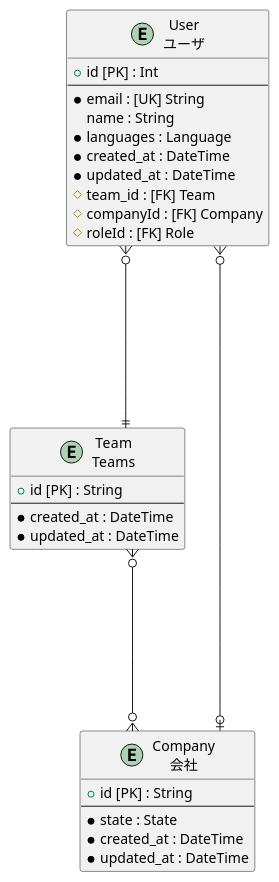
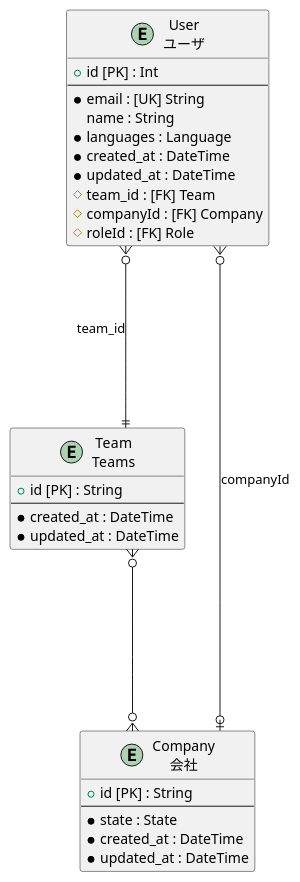
Before and after one commit to dbgso/prisma-generator-plantuml-erd: the third of 5 diagrams in packages/usage/prisma/example.puml, drawn with PlantUML. The commit also changed other lines of this file and 6 other files, not shown here.

```diff
--- a/packages/usage/prisma/example.puml
+++ b/packages/usage/prisma/example.puml
@@ -122,37 +122,37 @@
 @startuml Team
 skinparam linetype ortho
 entity "User\nユーザ" as User {
 + id [PK] : Int 
 --
   * email : [UK] String
   name : String
   * languages : Language
   * created_at : DateTime
   * updated_at : DateTime
   # team_id : [FK] Team
   # companyId : [FK] Company
   # roleId : [FK] Role
 }
 
 entity "Team\nTeams" as Team {
 + id [PK] : String 
 --
   * created_at : DateTime
   * updated_at : DateTime
 }
 
 entity "Company\n会社" as Company {
 + id [PK] : String 
 --
   * state : State
   * created_at : DateTime
   * updated_at : DateTime
 }
 
 ' Relations
-User }o----|| Team
-User }o----o| Company
+User }o----|| Team: team_id
+User }o----o| Company: companyId
 ' ManyToMany Relations
 Team }o----o{ Company
 ' enum relations
 @enduml
```
